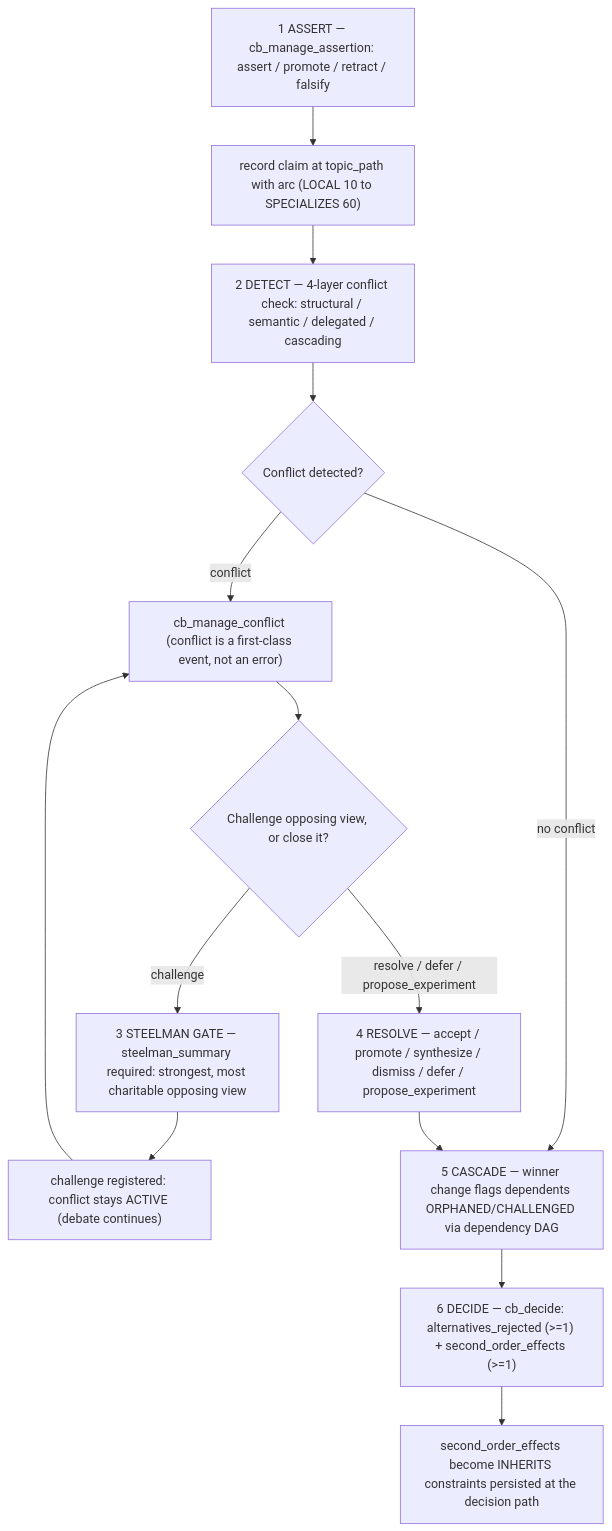
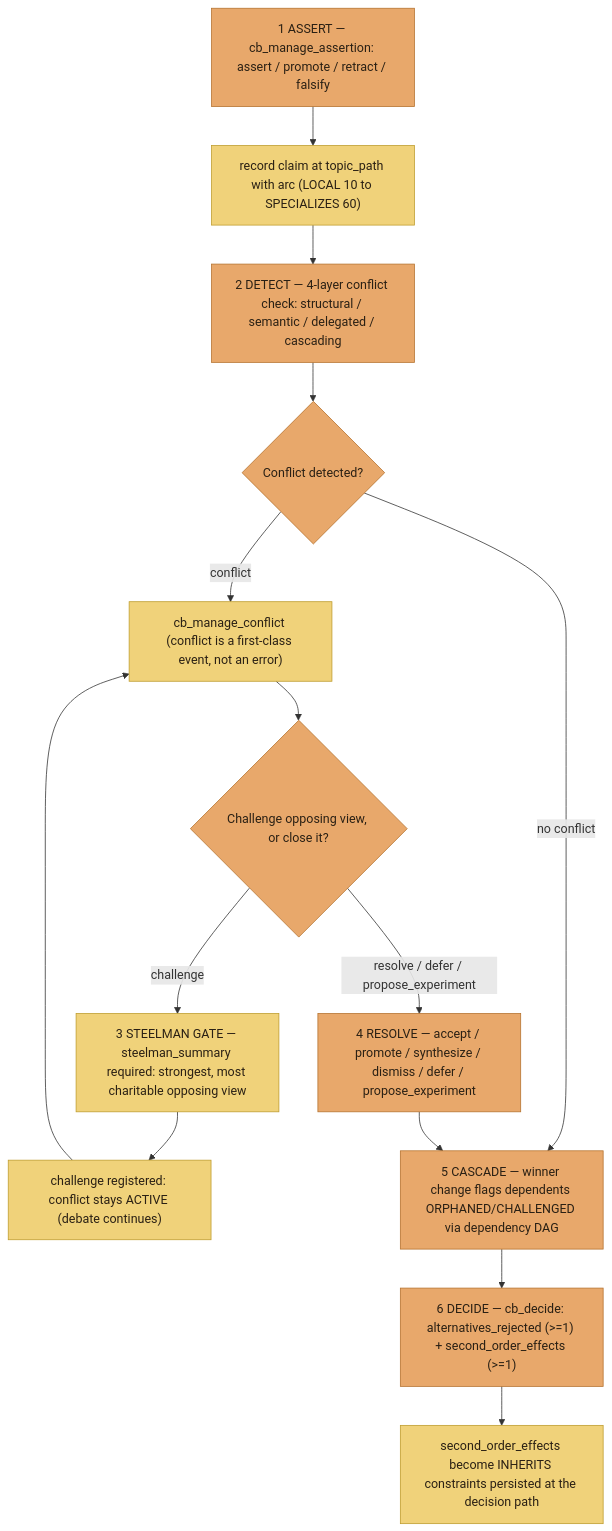
Before and after one commit to JosephOIbrahim/Cognitive-Bridge: the second of 8 diagrams in README.md, drawn with Mermaid. The commit also changed other lines of this file, not shown here.

First line of the commit message:
[docs] restyle mermaid diagrams + close-the-loop polish

````diff
--- a/README.md
+++ b/README.md
@@ -342,22 +347,26 @@
 ```mermaid
 flowchart TD
     A["1 ASSERT — cb_manage_assertion: assert / promote / retract / falsify"]
     B["record claim at topic_path with arc (LOCAL 10 to SPECIALIZES 60)"]
     C["2 DETECT — 4-layer conflict check: structural / semantic / delegated / cascading"]
     D{"Conflict detected?"}
     E["cb_manage_conflict (conflict is a first-class event, not an error)"]
     F{"Challenge opposing view, or close it?"}
     G["3 STEELMAN GATE — steelman_summary required: strongest, most charitable opposing view"]
     H["challenge registered: conflict stays ACTIVE (debate continues)"]
     R["4 RESOLVE — accept / promote / synthesize / dismiss / defer / propose_experiment"]
     S["5 CASCADE — winner change flags dependents ORPHANED/CHALLENGED via dependency DAG"]
     T["6 DECIDE — cb_decide: alternatives_rejected (>=1) + second_order_effects (>=1)"]
     U["second_order_effects become INHERITS constraints persisted at the decision path"]
 
     A --> B --> C --> D
     D -->|"no conflict"| S
     D -->|"conflict"| E --> F
     F -->|"challenge"| G --> H --> E
     F -->|"resolve / defer / propose_experiment"| R --> S
     S --> T --> U
+    classDef orange fill:#E8A86B,stroke:#B5722E,stroke-width:1px,color:#2A2014;
+    classDef yellow fill:#F0D27A,stroke:#BF9D2E,stroke-width:1px,color:#2A2014;
+    class A,C,D,F,R,S,T orange;
+    class B,E,G,H,U yellow;
 ```
````
